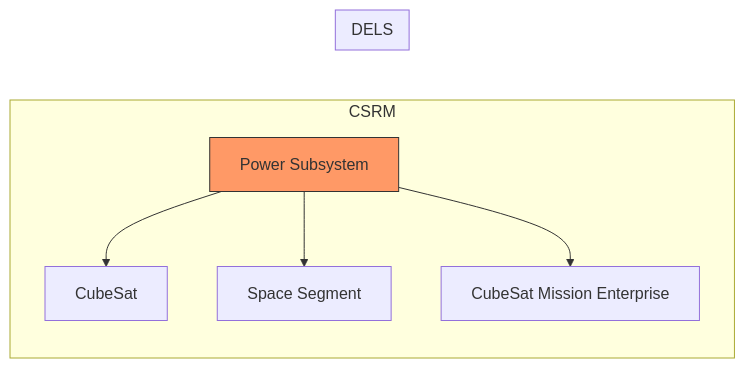
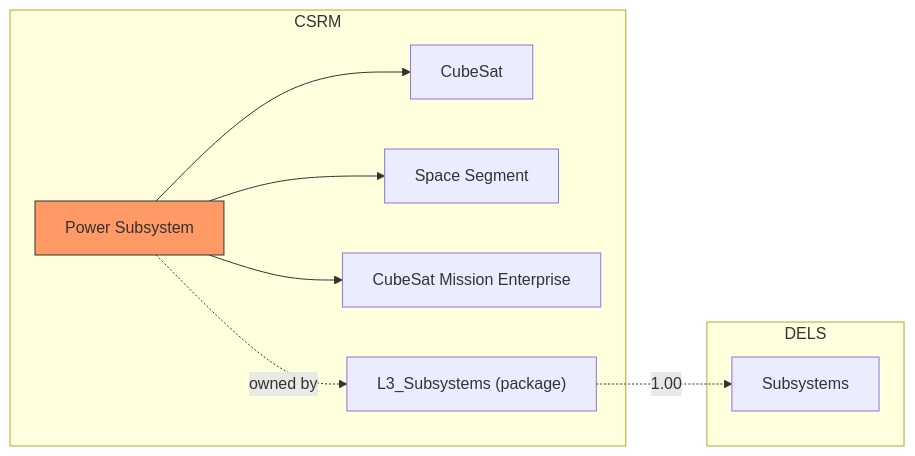
Before and after one commit to lucas-gebhart/sysml-mbse-demo: the diagram in examples/impact.mmd, drawn with Mermaid. The commit also changed 20 other files, not shown here.

```diff
--- a/examples/impact.mmd
+++ b/examples/impact.mmd
@@ -1,13 +1,17 @@
 graph LR
   subgraph CSRM
     a663772_15839["Power Subsystem"]:::changed
     a997891_14609["CubeSat"]
     a645083_14608["Space Segment"]
     a394124_14029["CubeSat Mission Enterprise"]
+    a529585_12343["L3_Subsystems (package)"]
+    a663772_15839 -. owned by .-> a529585_12343
   end
   subgraph DELS
+    b193062_25985["Subsystems"]
   end
   a663772_15839 --> a997891_14609
   a663772_15839 --> a645083_14608
   a663772_15839 --> a394124_14029
+  a529585_12343 -. "1.00" .-> b193062_25985
   classDef changed fill:#f96,stroke:#333
```
